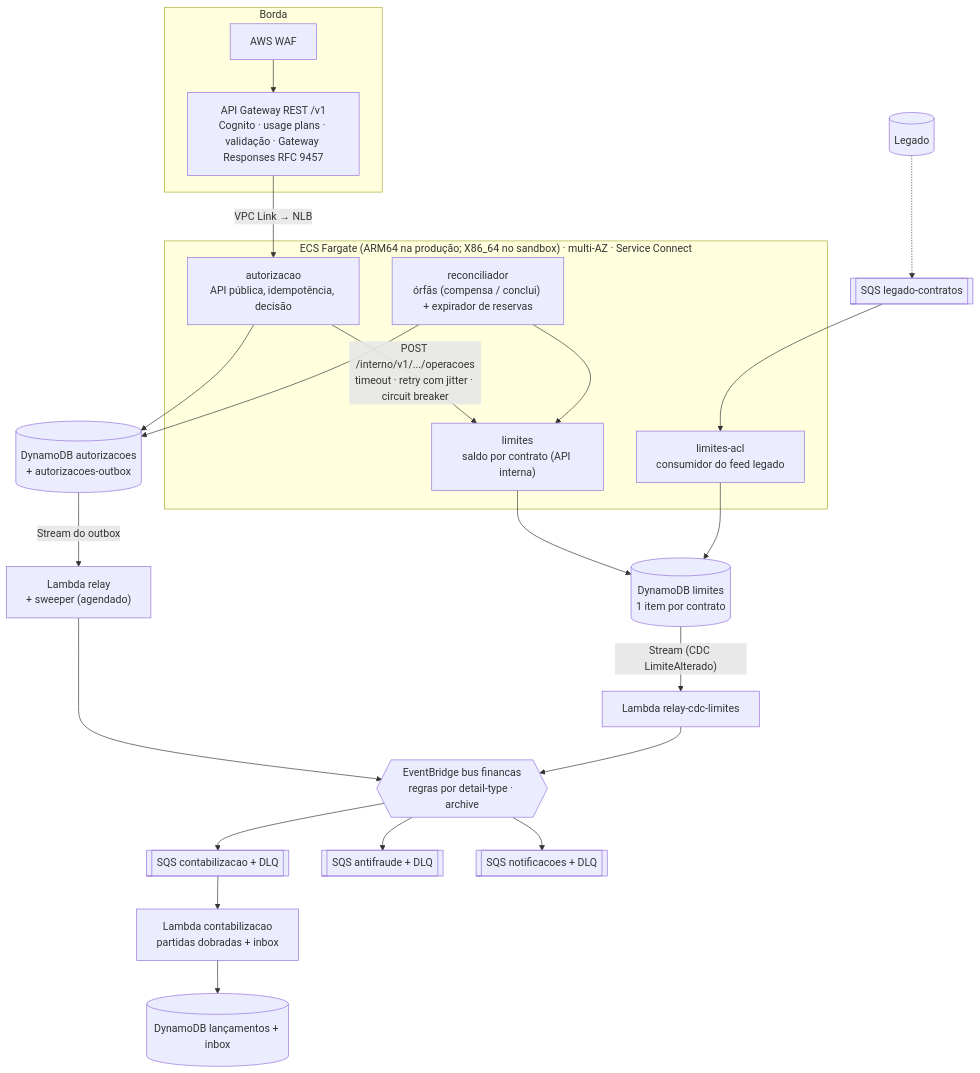
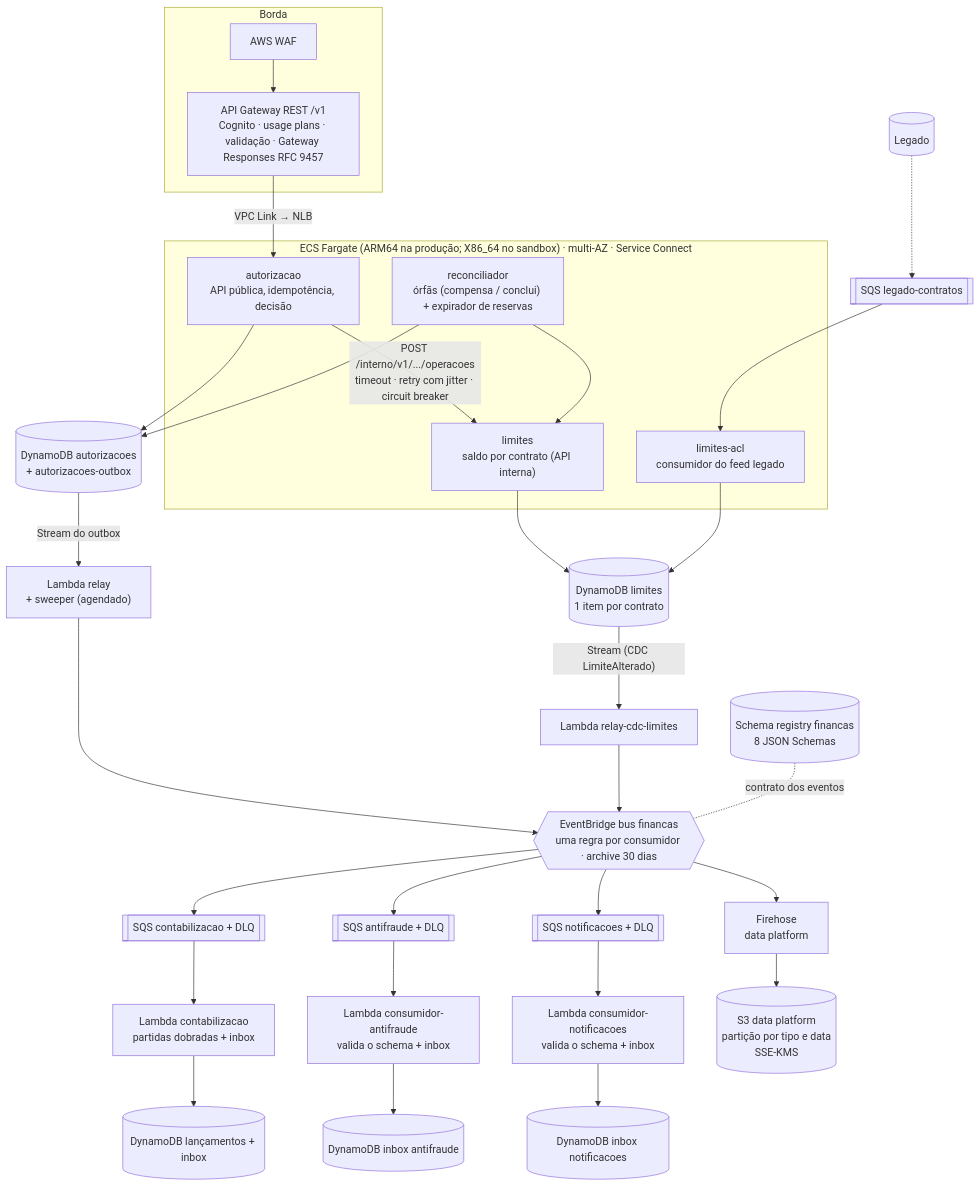
Before and after one commit to giovanedms/desafio-zup: the second of 3 diagrams in docs/arquitetura/documento-de-arquitetura.md, drawn with Mermaid. The commit also changed other lines of this file and 10 other files, not shown here.

Commit message:
Diagramas de containers, eventos e implantação com consumidores, data platform e schema registry; README com os diagramas

````diff
--- a/docs/arquitetura/documento-de-arquitetura.md
+++ b/docs/arquitetura/documento-de-arquitetura.md
@@ -51,28 +51,30 @@
 ```mermaid
 flowchart TB
   subgraph Borda
     WAF[AWS WAF] --> GW["API Gateway REST /v1<br/>Cognito · usage plans · validação · Gateway Responses RFC 9457"]
   end
   GW -->|VPC Link → NLB| AUT
   subgraph ECS["ECS Fargate (ARM64 na produção; X86_64 no sandbox) · multi-AZ · Service Connect"]
     AUT["autorizacao<br/>API pública, idempotência, decisão"]
     LIM["limites<br/>saldo por contrato (API interna)"]
     ACL["limites-acl<br/>consumidor do feed legado"]
     REC["reconciliador<br/>órfãs (compensa / conclui) + expirador de reservas"]
   end
   AUT -->|"POST /interno/v1/.../operacoes<br/>timeout · retry com jitter · circuit breaker"| LIM
   REC --> LIM
   AUT --> DA[("DynamoDB autorizacoes<br/>+ autorizacoes-outbox")]
   REC --> DA
   LIM --> DL[("DynamoDB limites<br/>1 item por contrato")]
   ACL --> DL
   FILA_LEG[[SQS legado-contratos]] --> ACL
   LEG[(Legado)] -.-> FILA_LEG
   DA -- Stream do outbox --> RELAY["Lambda relay<br/>+ sweeper (agendado)"]
   DL -- Stream (CDC LimiteAlterado) --> RELAYCDC["Lambda relay-cdc-limites"]
-  RELAY --> BUS{{"EventBridge bus financas<br/>regras por detail-type · archive"}}
+  RELAY --> BUS{{"EventBridge bus financas<br/>uma regra por consumidor · archive 30 dias"}}
   RELAYCDC --> BUS
+  REG[("Schema registry financas<br/>8 JSON Schemas")] -. "contrato dos eventos" .- BUS
   BUS --> Q1[[SQS contabilizacao + DLQ]] --> CTB["Lambda contabilizacao<br/>partidas dobradas + inbox"] --> DC[("DynamoDB lançamentos + inbox")]
-  BUS --> Q2[[SQS antifraude + DLQ]]
-  BUS --> Q3[[SQS notificacoes + DLQ]]
+  BUS --> Q2[[SQS antifraude + DLQ]] --> CAF["Lambda consumidor-antifraude<br/>valida o schema + inbox"] --> DCA[("DynamoDB inbox antifraude")]
+  BUS --> Q3[[SQS notificacoes + DLQ]] --> CNT["Lambda consumidor-notificacoes<br/>valida o schema + inbox"] --> DCN[("DynamoDB inbox notificacoes")]
+  BUS --> FH["Firehose<br/>data platform"] --> S3P[("S3 data platform<br/>partição por tipo e data<br/>SSE-KMS")]
 ```
````
